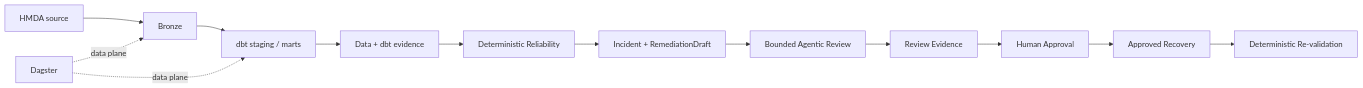
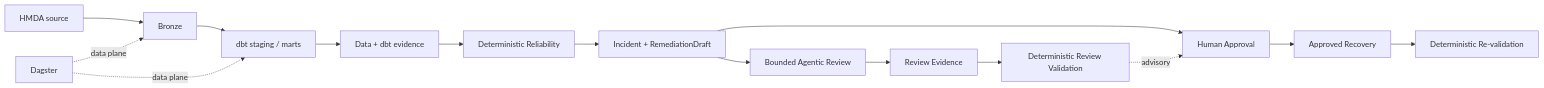
Before and after one commit to mols3131d/hmda-data-reliability: the diagram in docs/development/mvp/README.md, drawn with Mermaid. The commit also changed other lines of this file and 2 other files, not shown here.

````diff
--- a/docs/development/mvp/README.md
+++ b/docs/development/mvp/README.md
@@ -31,16 +31,18 @@
 ```mermaid
 flowchart LR
     source["HMDA source"] --> bronze["Bronze"]
     bronze --> analytical["dbt staging / marts"]
     analytical --> evidence["Data + dbt evidence"]
     evidence --> reliability["Deterministic Reliability"]
     reliability --> incident["Incident + RemediationDraft"]
     incident --> agent["Bounded Agentic Review"]
     agent --> review["Review Evidence"]
-    review --> human["Human Approval"]
+    review --> guard["Deterministic Review Validation"]
+    incident --> human["Human Approval"]
+    guard -. advisory .-> human
     human --> recovery["Approved Recovery"]
     recovery --> verify["Deterministic Re-validation"]
 
     dagster["Dagster"] -. data plane .-> bronze
     dagster -. data plane .-> analytical
 ```
````
